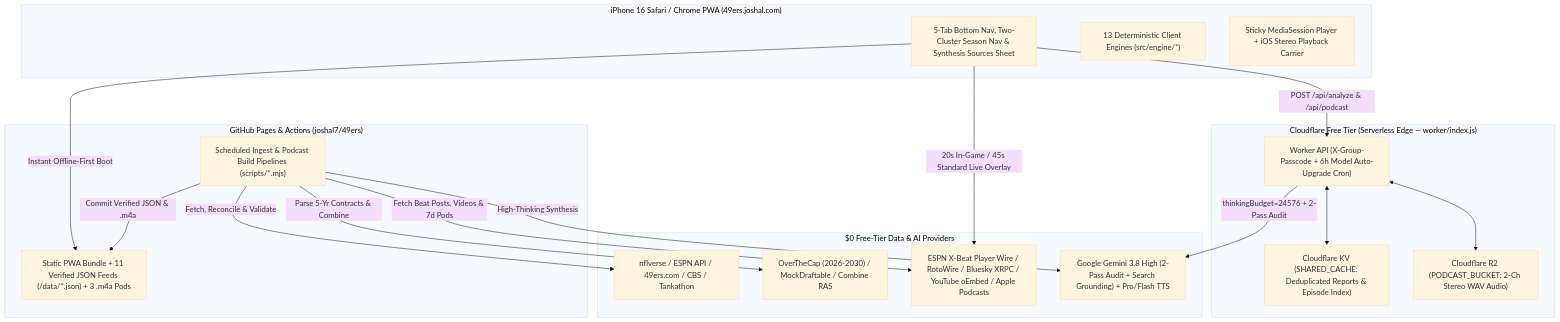
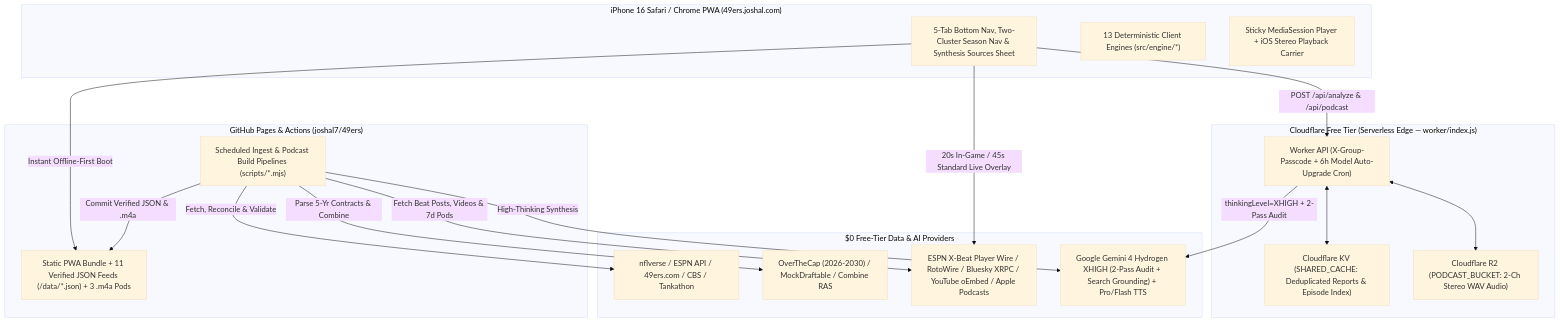
Before and after one commit to joshal7/49ers: the diagram in PRD.md, drawn with Mermaid (base theme). The commit also changed other lines of this file and 38 other files, not shown here.

Commit message:
Upgrade all Gemini synthesis pipelines to Gemini 4 Hydrogen (XHIGH)

````diff
--- a/PRD.md
+++ b/PRD.md
@@ -52,39 +52,39 @@
 ```mermaid
 flowchart TD
     subgraph Client["iPhone 16 Safari / Chrome PWA (49ers.joshal.com)"]
         UI["5-Tab Bottom Nav, Two-Cluster Season Nav & Synthesis Sources Sheet"]
         Engines["13 Deterministic Client Engines (src/engine/*)"]
         Audio["Sticky MediaSession Player + iOS Stereo Playback Carrier"]
     end
 
     subgraph GH["GitHub Pages & Actions (joshal7/49ers)"]
         Pages["Static PWA Bundle + 11 Verified JSON Feeds (/data/*.json) + 3 .m4a Pods"]
         Cron["Scheduled Ingest & Podcast Build Pipelines (scripts/*.mjs)"]
     end
 
     subgraph CF["Cloudflare Free Tier (Serverless Edge — worker/index.js)"]
         Worker["Worker API (X-Group-Passcode + 6h Model Auto-Upgrade Cron)"]
         KV["Cloudflare KV (SHARED_CACHE: Deduplicated Reports & Episode Index)"]
         R2["Cloudflare R2 (PODCAST_BUCKET: 2-Ch Stereo WAV Audio)"]
     end
 
     subgraph External["$0 Free-Tier Data & AI Providers"]
         NFL["nflverse / ESPN API / 49ers.com / CBS / Tankathon"]
         Cap["OverTheCap (2026-2030) / MockDraftable / Combine RAS"]
         Wire["ESPN X-Beat Player Wire / RotoWire / Bluesky XRPC / YouTube oEmbed / Apple Podcasts"]
-        Gemini["Google Gemini 3.8 High (2-Pass Audit + Search Grounding) + Pro/Flash TTS"]
+        Gemini["Google Gemini 4 Hydrogen XHIGH (2-Pass Audit + Search Grounding) + Pro/Flash TTS"]
     end
 
     Cron -->|"Fetch, Reconcile & Validate"| NFL
     Cron -->|"Parse 5-Yr Contracts & Combine"| Cap
     Cron -->|"Fetch Beat Posts, Videos & 7d Pods"| Wire
     Cron -->|"High-Thinking Synthesis"| Gemini
     Cron -->|"Commit Verified JSON & .m4a"| Pages
 
     UI -->|"Instant Offline-First Boot"| Pages
     UI -->|"20s In-Game / 45s Standard Live Overlay"| Wire
     UI -->|"POST /api/analyze & /api/podcast"| Worker
     Worker <--> KV
     Worker <--> R2
-    Worker -->|"thinkingBudget=24576 + 2-Pass Audit"| Gemini
+    Worker -->|"thinkingLevel=XHIGH + 2-Pass Audit"| Gemini
 ```
````
